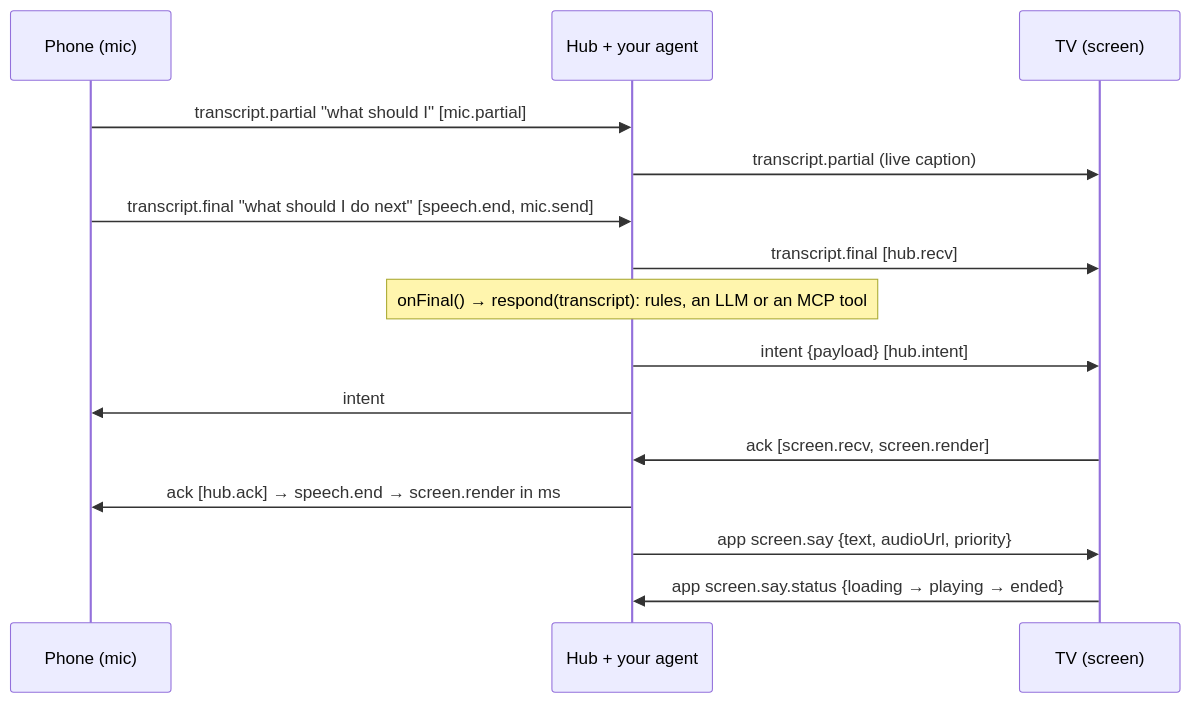
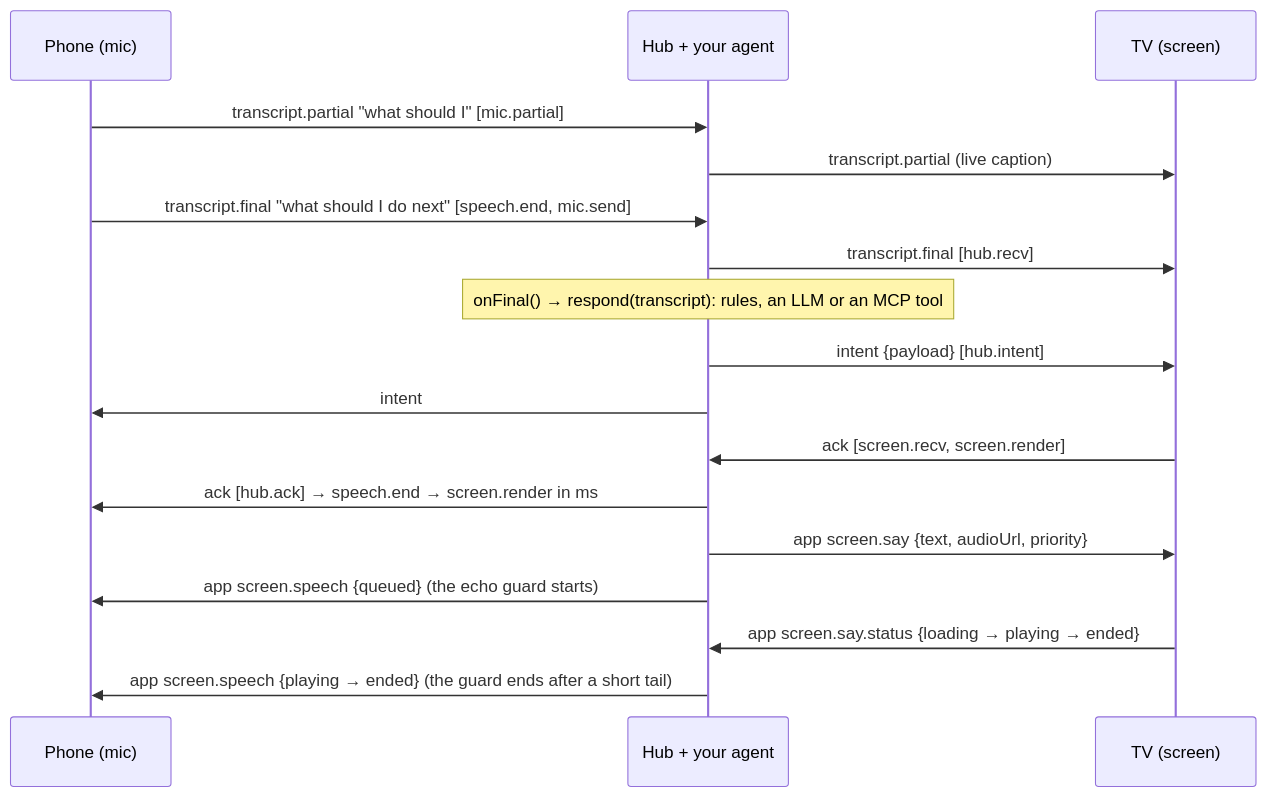
The diagram in README.md (Zen-cronic/vega-voice-bridge), drawn with Mermaid before and after one commit. The commit also changed other lines of this file and 1 other file, not shown here.

````diff
--- a/README.md
+++ b/README.md
@@ -20,17 +46,19 @@
 ```mermaid
 sequenceDiagram
   participant P as Phone (mic)
   participant H as Hub + your agent
   participant T as TV (screen)
   P->>H: transcript.partial "what should I"  [mic.partial]
   H->>T: transcript.partial (live caption)
   P->>H: transcript.final "what should I do next"  [speech.end, mic.send]
   H->>T: transcript.final  [hub.recv]
   Note over H: onFinal() → respond(transcript): rules, an LLM or an MCP tool
   H->>T: intent {payload}  [hub.intent]
   H->>P: intent
   T->>H: ack  [screen.recv, screen.render]
   H->>P: ack  [hub.ack]  → speech.end → screen.render in ms
   H->>T: app screen.say {text, audioUrl, priority}
+  H->>P: app screen.speech {queued}  (the echo guard starts)
   T->>H: app screen.say.status {loading → playing → ended}
+  H->>P: app screen.speech {playing → ended}  (the guard ends after a short tail)
 ```
````
